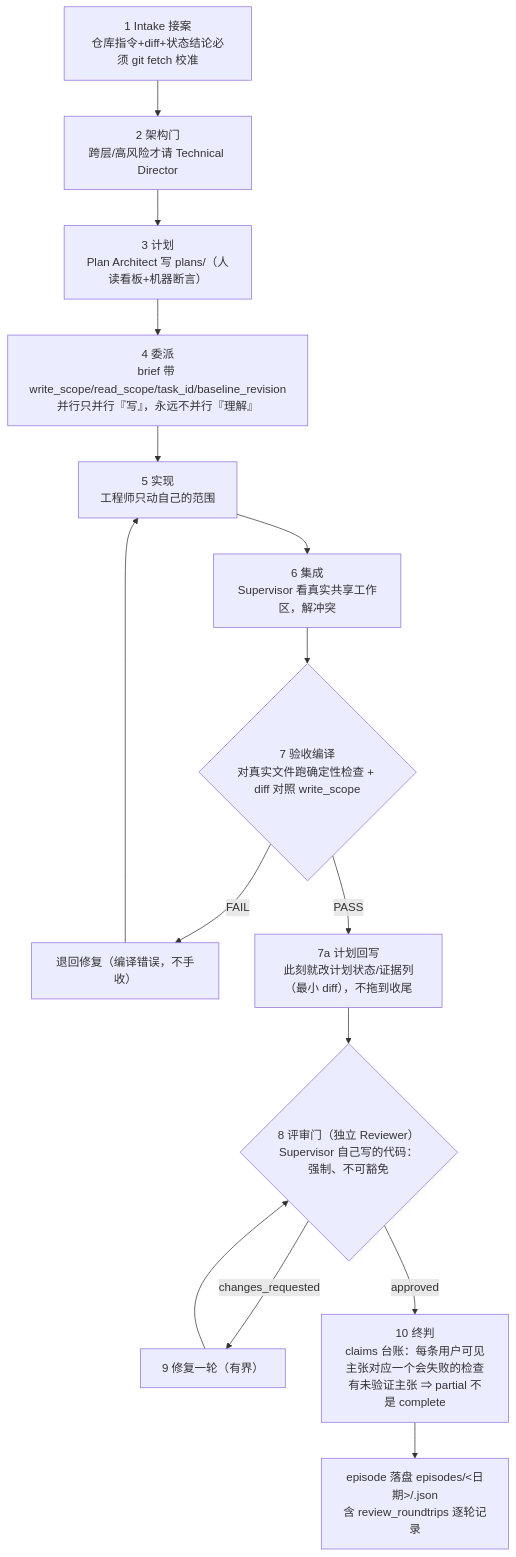
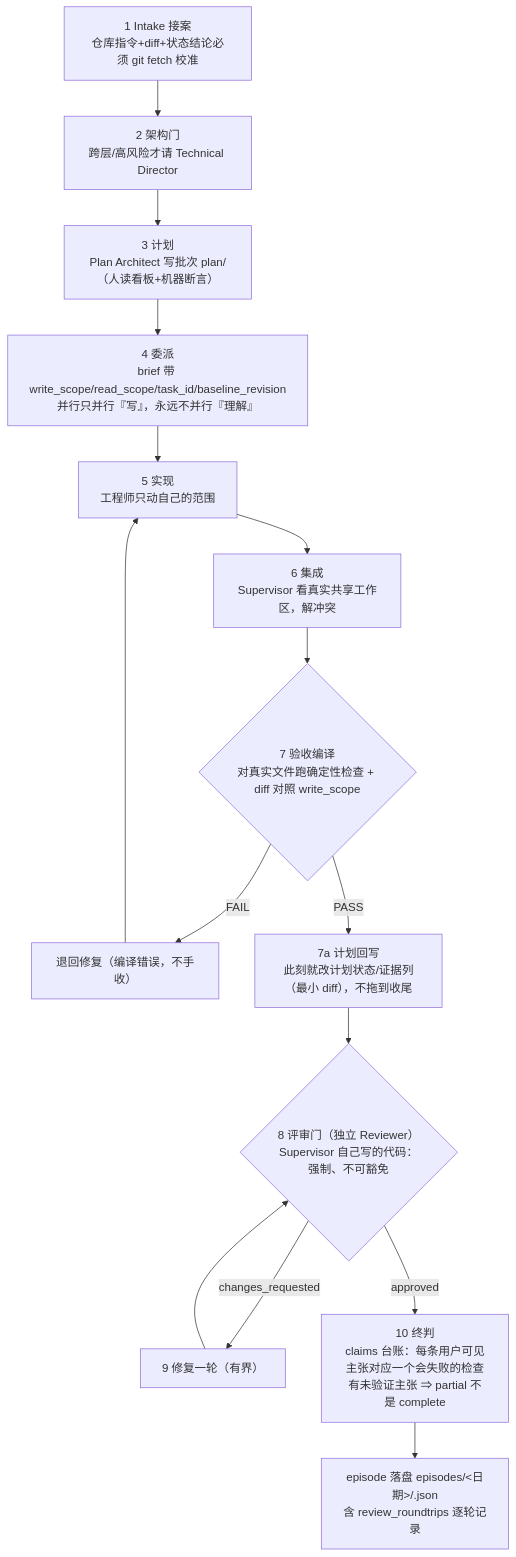
Before and after one commit to Ganseblum/agentflows: the second of 5 diagrams in docs/system-guide.md, drawn with Mermaid. The commit also changed other lines of this file and 253 other files, not shown here.

````diff
--- a/docs/system-guide.md
+++ b/docs/system-guide.md
@@ -89,16 +88,16 @@
 ```mermaid
 flowchart TB
     A["1 Intake 接案<br/>仓库指令+diff+状态结论必须 git fetch 校准"] --> B["2 架构门<br/>跨层/高风险才请 Technical Director"]
-    B --> C["3 计划<br/>Plan Architect 写 plans/（人读看板+机器断言）"]
+    B --> C["3 计划<br/>Plan Architect 写批次 plan/（人读看板+机器断言）"]
     C --> D["4 委派<br/>brief 带 write_scope/read_scope/task_id/baseline_revision<br/>并行只并行『写』，永远不并行『理解』"]
     D --> E["5 实现<br/>工程师只动自己的范围"]
     E --> F["6 集成<br/>Supervisor 看真实共享工作区，解冲突"]
     F --> G{"7 验收编译<br/>对真实文件跑确定性检查 + diff 对照 write_scope"}
     G -- FAIL --> H["退回修复（编译错误，不手收）"]
     H --> E
     G -- PASS --> I["7a 计划回写<br/>此刻就改计划状态/证据列（最小 diff），不拖到收尾"]
     I --> J{"8 评审门（独立 Reviewer）<br/>Supervisor 自己写的代码：强制、不可豁免"}
     J -- changes_requested --> K["9 修复一轮（有界）"] --> J
     J -- approved --> L["10 终判<br/>claims 台账：每条用户可见主张对应一个会失败的检查<br/>有未验证主张 ⇒ partial 不是 complete"]
     L --> M["episode 落盘 episodes/<日期>/<EP-id>.json<br/>含 review_roundtrips 逐轮记录"]
 ```
````
